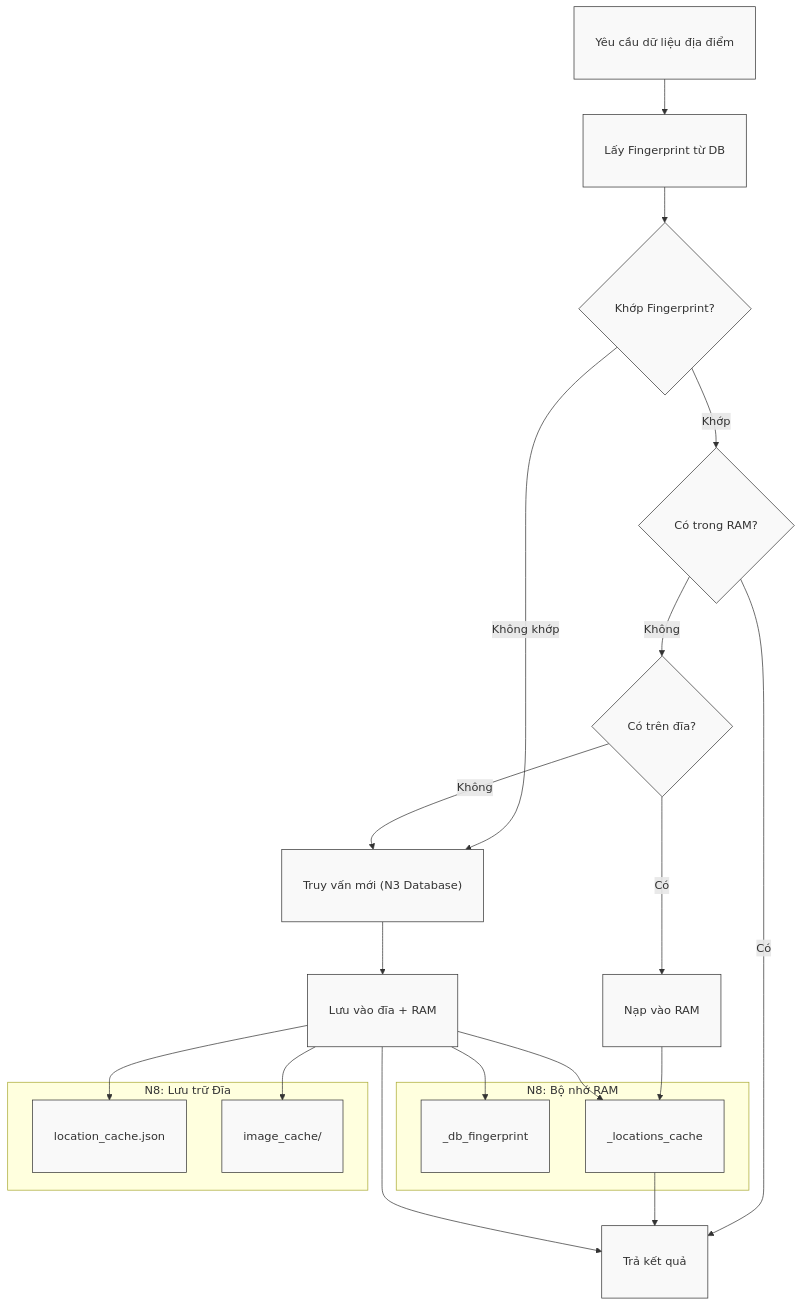
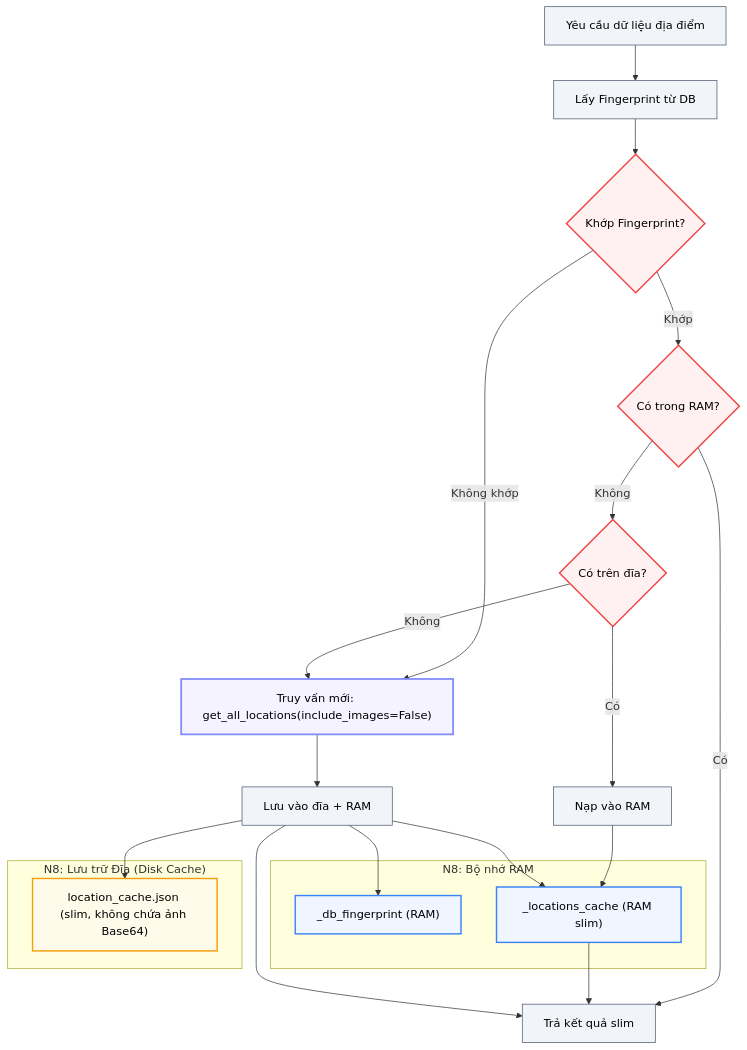
One commit to ltk6/travel-exp-planner changed the fifth of 6 diagrams in docs/modules/n8_orchestrator.md. Above: the diagram before and after it, drawn with Mermaid. The commit also changed other lines of this file and 70 other files, not shown here.

````diff
--- a/docs/modules/n8_orchestrator.md
+++ b/docs/modules/n8_orchestrator.md
@@ -279,40 +315,38 @@
 ```mermaid
----
-config:
-  flowchart:
-    useMaxWidth: false
----
+%%{init: {'flowchart': {'useMaxWidth': false}}}%%
 graph TD
-    classDef default fill:#f9f9f9,stroke:#333,stroke-width:1px,padding-left:10px,padding-right:10px,white-space:nowrap;
+    classDef flow fill:#f1f5f9,stroke:#475569,stroke-width:1px,color:#000000;
+    classDef ram fill:#eff6ff,stroke:#3b82f6,stroke-width:2px,color:#000000;
+    classDef disk fill:#fffbeb,stroke:#f59e0b,stroke-width:2px,color:#000000;
+    classDef check fill:#fff1f2,stroke:#ef4444,stroke-width:2px,color:#000000;
+    classDef db fill:#f5f3ff,stroke:#818cf8,stroke-width:2.5px,color:#000000;
     
-    START["Yêu cầu dữ liệu địa điểm"] --> DB_CHECK["Lấy Fingerprint từ DB"]
+    START["Yêu cầu dữ liệu địa điểm"]:::flow --> DB_CHECK["Lấy Fingerprint từ DB"]:::flow
     
     subgraph "N8: Bộ nhớ RAM"
-        M_F["_db_fingerprint"]
-        M_C["_locations_cache"]
+        M_F["_db_fingerprint (RAM)"]:::ram
+        M_C["_locations_cache (RAM slim)"]:::ram
     end
     
-    subgraph "N8: Lưu trữ Đĩa"
-        D_C["location_cache.json"]
-        D_I["image_cache/"]
+    subgraph "N8: Lưu trữ Đĩa (Disk Cache)"
+        D_C["location_cache.json (slim, không chứa ảnh Base64)"]:::disk
     end
     
-    DB_CHECK --> MATCH{"Khớp Fingerprint?"}
-    MATCH -- "Không khớp" --> N3["Truy vấn mới (N3 Database)"]
-    MATCH -- "Khớp" --> RAM_CHECK{"Có trong RAM?"}
+    DB_CHECK --> MATCH{"Khớp Fingerprint?"}:::check
+    MATCH -- "Không khớp" --> N3["Truy vấn mới: get_all_locations(include_images=False)"]:::db
+    MATCH -- "Khớp" --> RAM_CHECK{"Có trong RAM?"}:::check
     
-    RAM_CHECK -- "Có" --> DONE["Trả kết quả"]
-    RAM_CHECK -- "Không" --> DISK_CHECK{"Có trên đĩa?"}
+    RAM_CHECK -- "Có" --> DONE["Trả kết quả slim"]:::flow
+    RAM_CHECK -- "Không" --> DISK_CHECK{"Có trên đĩa?"}:::check
     
-    DISK_CHECK -- "Có" --> LOAD["Nạp vào RAM"]
+    DISK_CHECK -- "Có" --> LOAD["Nạp vào RAM"]:::flow
     LOAD --> M_C
     M_C --> DONE
     
     DISK_CHECK -- "Không" --> N3
-    N3 --> SAVE["Lưu vào đĩa + RAM"]
+    N3 --> SAVE["Lưu vào đĩa + RAM"]:::flow
     SAVE --> D_C
-    SAVE --> D_I
     SAVE --> M_C
     SAVE --> M_F
     SAVE --> DONE
 ```
````
